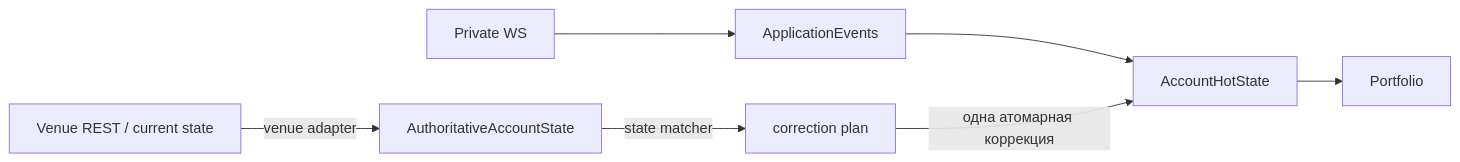
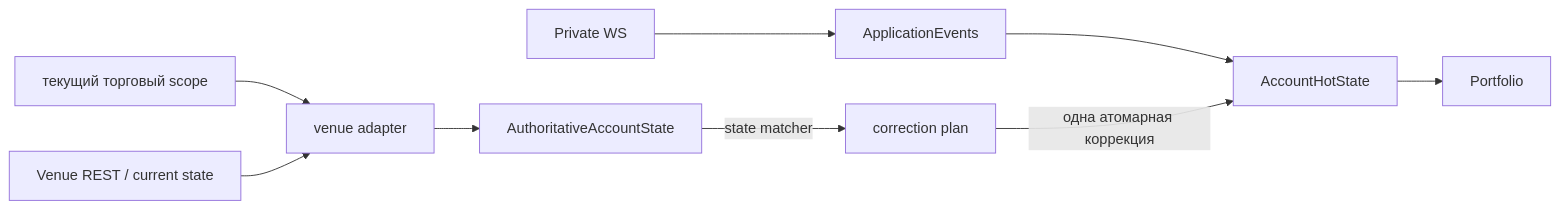
One commit to menvil/polymarket changed the diagram in docs/guides/account-venue-state.md. Above: the diagram before and after it, drawn with Mermaid. The commit also changed other lines of this file and 6 other files, not shown here.

First line of the commit message:
refactor(account-reconciliation): scope venue state to the current trading contour

````diff
--- a/docs/guides/account-venue-state.md
+++ b/docs/guides/account-venue-state.md
@@ -32,8 +32,10 @@
 ```mermaid
 flowchart LR
     WS[Private WS] --> EV[ApplicationEvents] --> HS[AccountHotState]
-    REST[Venue REST / current state] -->|venue adapter| ST[AuthoritativeAccountState]
+    SC[текущий торговый scope] --> SRC
+    REST[Venue REST / current state] --> SRC[venue adapter]
+    SRC --> ST[AuthoritativeAccountState]
     ST -->|state matcher| PLAN[correction plan]
     PLAN -->|одна атомарная коррекция| HS
     HS --> PF[Portfolio]
 ```
````
